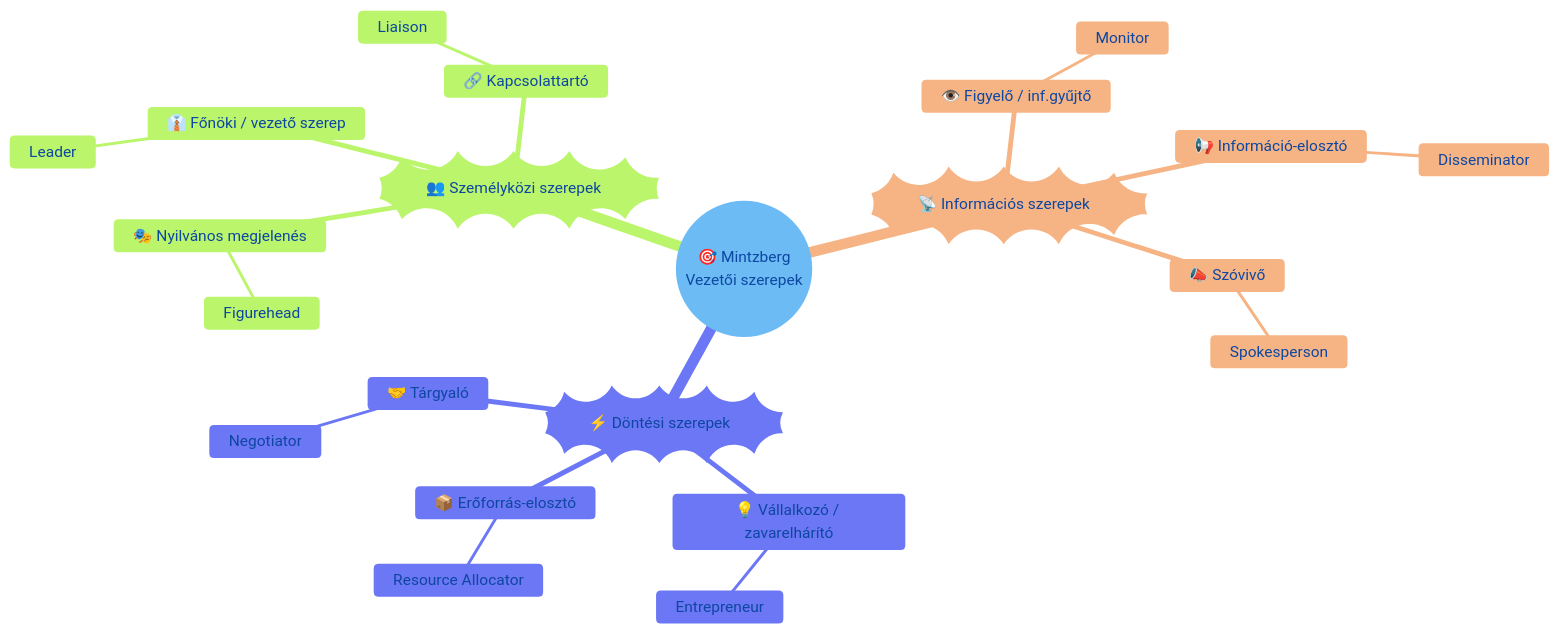
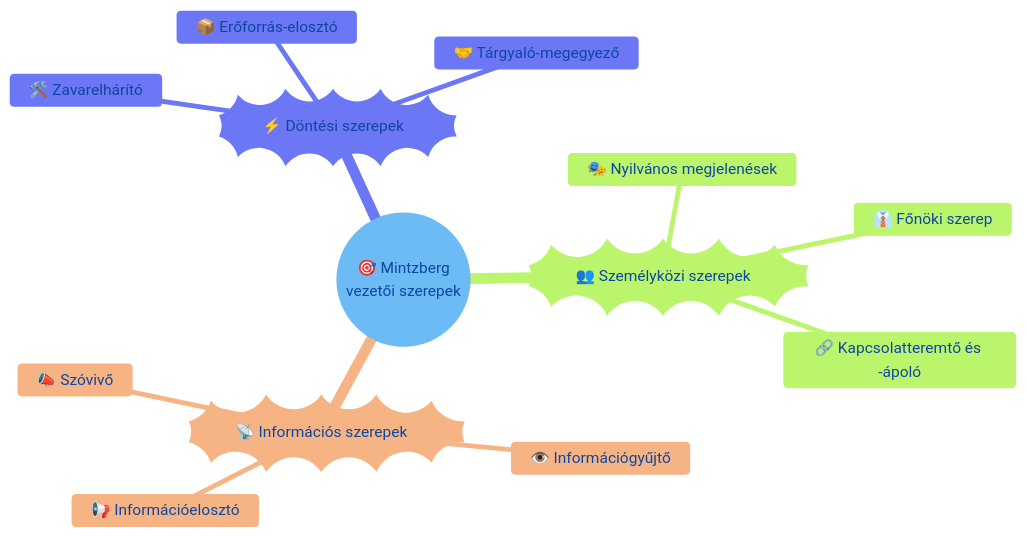
One commit to denespocsik/MM_BSC_Zarovizsga changed the first of 2 diagrams in Tételek/K11-GMXHR1MBLF-Vezetés fogalma és vezetői szerepek.tétel.md. Above: the diagram before and after it, drawn with Mermaid. The commit also changed other lines of this file, not shown here.

````diff
--- a/Tételek/K11-GMXHR1MBLF-Vezetés fogalma és vezetői szerepek.tétel.md
+++ b/Tételek/K11-GMXHR1MBLF-Vezetés fogalma és vezetői szerepek.tétel.md
@@ -15,27 +50,18 @@
 ```mermaid
 %%{init: {'theme':'base','themeVariables':{'primaryColor':'#e3f2fd','primaryBorderColor':'#1565c0','primaryTextColor':'#0d47a1','lineColor':'#546e7a','fontFamily':'inherit'}}}%%
 mindmap
   root((🎯 Mintzberg
-    Vezetői szerepek))
+    vezetői szerepek))
     ))👥 Személyközi szerepek((
-      🎭 Nyilvános megjelenés
-        Figurehead
-      👔 Főnöki / vezető szerep
-        Leader
-      🔗 Kapcsolattartó
-        Liaison
+      🎭 Nyilvános megjelenések
+      👔 Főnöki szerep
+      🔗 Kapcsolatteremtő és -ápoló
     ))📡 Információs szerepek((
-      👁️ Figyelő / inf.gyűjtő
-        Monitor
-      📢 Információ-elosztó
-        Disseminator
+      👁️ Információgyűjtő
+      📢 Információelosztó
       📣 Szóvivő
-        Spokesperson
     ))⚡ Döntési szerepek((
-      💡 Vállalkozó / zavarelhárító
-        Entrepreneur
+      🛠️ Zavarelhárító
       📦 Erőforrás-elosztó
-        Resource Allocator
-      🤝 Tárgyaló
-        Negotiator
+      🤝 Tárgyaló-megegyező
 ```
````
